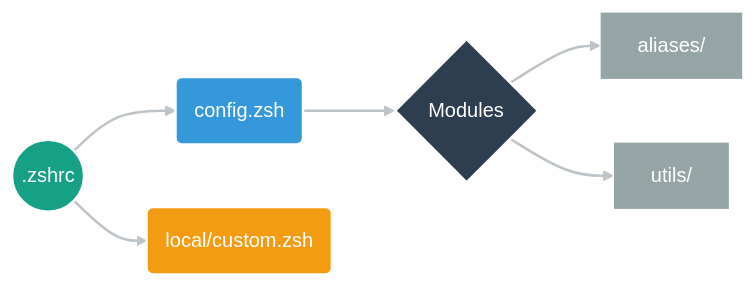
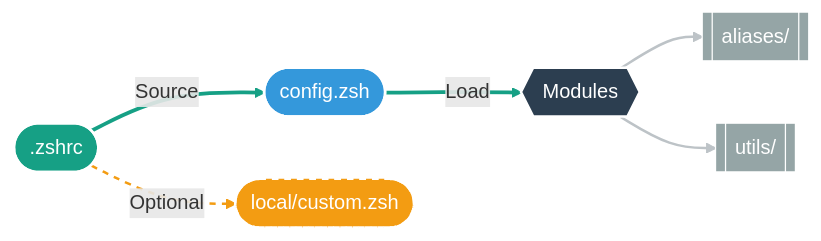
The first of 2 diagrams in README.md (yanix2445/zsh-boost), drawn with Mermaid before and after one commit.

Commit message:
docs: use modern shapes for architecture diagram

````diff
--- a/README.md
+++ b/README.md
@@ -61,30 +61,33 @@
 ```mermaid
 flowchart LR
     %% Nodes
-    Main((".zshrc"))
-    Config("config.zsh")
-    Modules{"Modules"}
-    Local("local/custom.zsh")
+    Main([".zshrc"])
+    Config(["config.zsh"])
+    Modules{{"Modules"}}
     
-    Aliases["aliases/"]
-    Utils["utils/"]
+    Local(["local/custom.zsh"])
+    
+    Aliases[["aliases/"]]
+    Utils[["utils/"]]
 
     %% Flow
-    Main --> Config
-    Config --> Modules
-    Main --> Local
+    Main ==>|Source| Config
+    Config ==>|Load| Modules
+    Main -.->|Optional| Local
     
     Modules --> Aliases
     Modules --> Utils
 
     %% Styles
     style Main fill:#16a085,stroke:#fff,color:#fff,stroke-width:2px
     style Config fill:#3498db,stroke:#fff,color:#fff,stroke-width:2px
-    style Local fill:#f39c12,stroke:#fff,color:#fff,stroke-width:2px
+    style Local fill:#f39c12,stroke:#fff,color:#fff,stroke-width:2px,stroke-dasharray: 5 5
     style Modules fill:#2c3e50,stroke:#fff,color:#fff,stroke-width:2px
     
     style Aliases fill:#95a5a6,stroke:#fff,color:#fff,stroke-width:1px
     style Utils fill:#95a5a6,stroke:#fff,color:#fff,stroke-width:1px
 
-    linkStyle default stroke:#bdc3c7,stroke-width:2px
+    linkStyle 0,1 stroke:#16a085,stroke-width:3px
+    linkStyle 2 stroke:#f39c12,stroke-width:2px,stroke-dasharray: 5 5
+    linkStyle 3,4 stroke:#bdc3c7,stroke-width:2px
 ```
````
